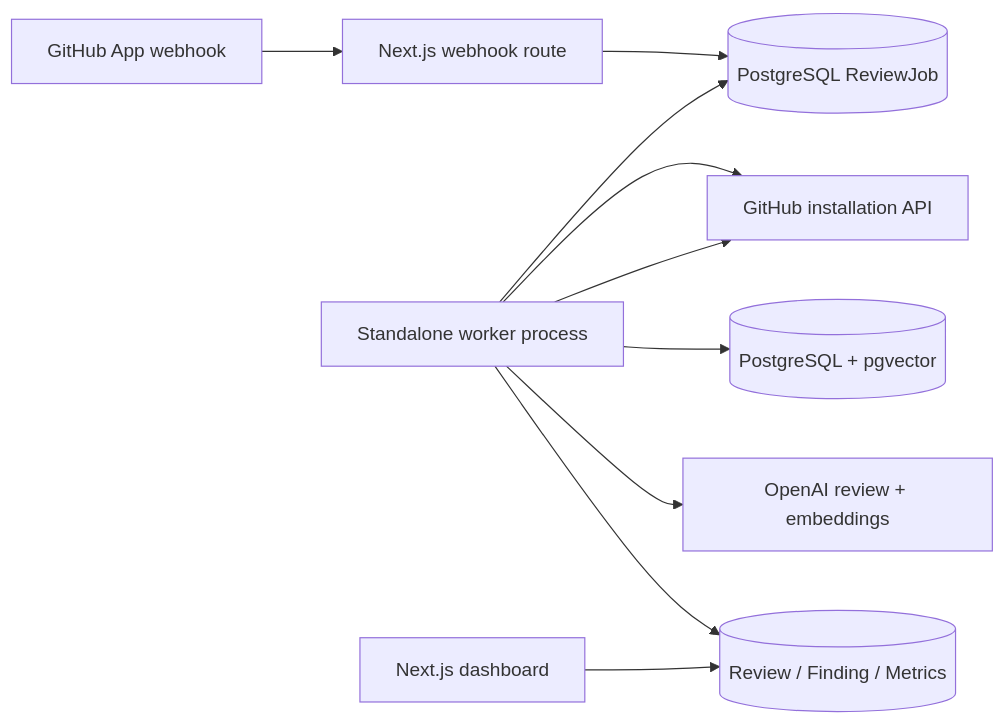
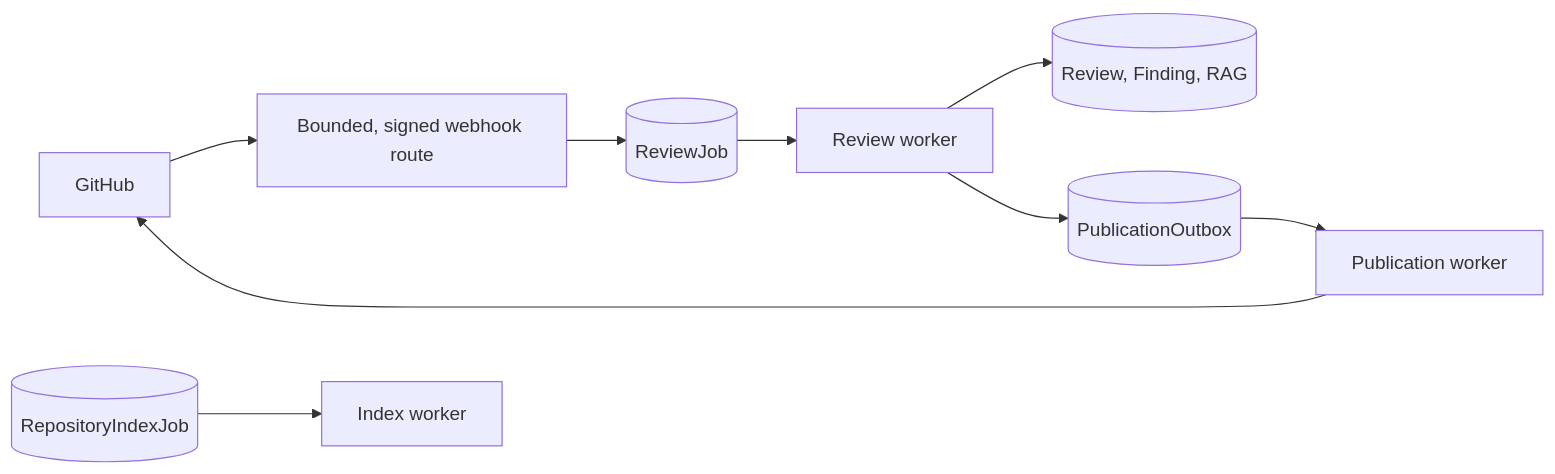
Before and after one commit to privlin-lgtm/ai-pr-reviewer: the diagram in README.md, drawn with Mermaid. The commit also changed other lines of this file and 60 other files, not shown here.

````diff
--- a/README.md
+++ b/README.md
@@ -19,12 +7,11 @@
 ```mermaid
 flowchart LR
-  GH[GitHub App webhook] --> WH[Next.js webhook route]
-  WH --> Q[(PostgreSQL ReviewJob)]
-  W[Standalone worker process] --> Q
-  W --> OCT[GitHub installation API]
-  W --> RAG[(PostgreSQL + pgvector)]
-  W --> AI[OpenAI review + embeddings]
-  W --> REV[(Review / Finding / Metrics)]
-  W --> OCT
-  UI[Next.js dashboard] --> REV
+  GH[GitHub] --> WH[Bounded, signed webhook route]
+  WH --> RJ[(ReviewJob)]
+  RJ --> RW[Review worker]
+  RW --> DB[(Review, Finding, RAG)]
+  RW --> OB[(PublicationOutbox)]
+  OB --> PW[Publication worker]
+  PW --> GH
+  IJ[(RepositoryIndexJob)] --> IW[Index worker]
 ```
````
